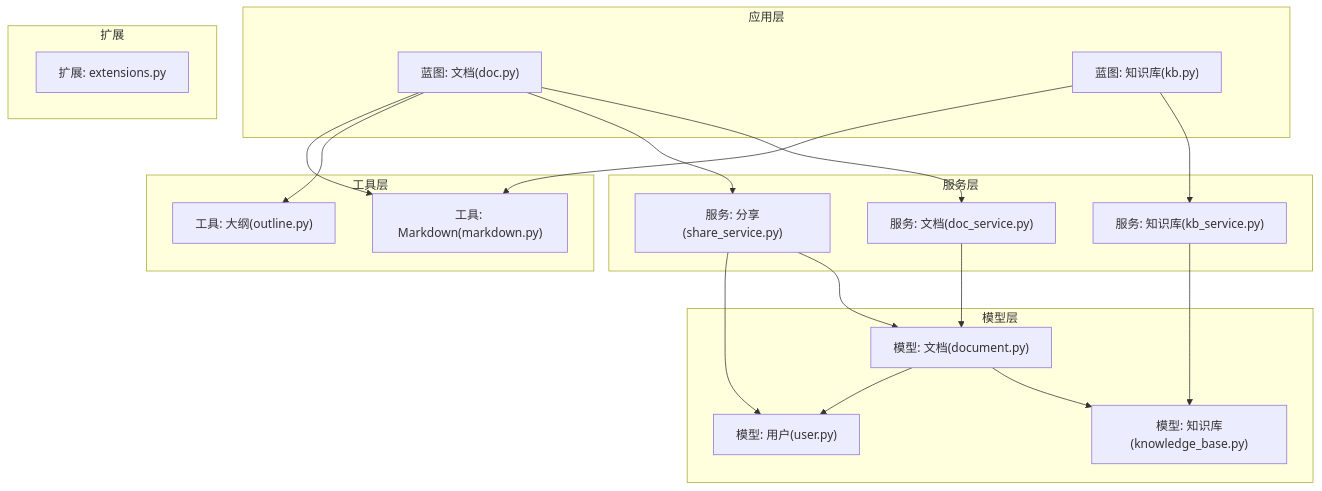
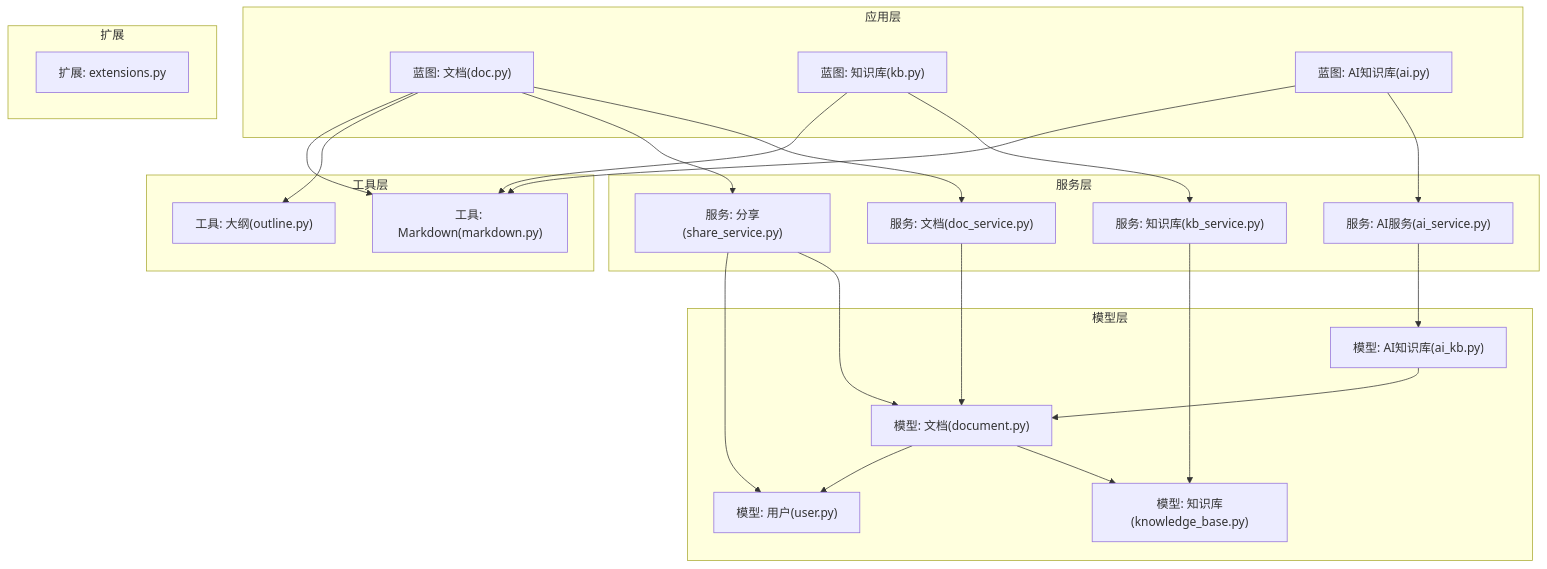
The first of 10 diagrams in .qoder/repowiki/zh/content/核心模块/文档管理系统/文档管理系统.md (beyondalbert/my_wiki), drawn with Mermaid before and after one commit. The commit also changed other lines of this file and 17 other files, not shown here.

````diff
--- a/.qoder/repowiki/zh/content/核心模块/文档管理系统/文档管理系统.md
+++ b/.qoder/repowiki/zh/content/核心模块/文档管理系统/文档管理系统.md
@@ -55,36 +60,43 @@
 ```mermaid
 graph TB
 subgraph "应用层"
 BP_DOC["蓝图: 文档(doc.py)"]
 BP_KB["蓝图: 知识库(kb.py)"]
+BP_AI["蓝图: AI知识库(ai.py)"]
 end
 subgraph "服务层"
 S_DOC["服务: 文档(doc_service.py)"]
 S_KB["服务: 知识库(kb_service.py)"]
+S_AI["服务: AI服务(ai_service.py)"]
 S_SHARE["服务: 分享(share_service.py)"]
 end
 subgraph "模型层"
 M_DOC["模型: 文档(document.py)"]
 M_KB["模型: 知识库(knowledge_base.py)"]
+M_AIKB["模型: AI知识库(ai_kb.py)"]
 M_USER["模型: 用户(user.py)"]
 end
 subgraph "工具层"
 U_MD["工具: Markdown(markdown.py)"]
 U_OUT["工具: 大纲(outline.py)"]
 end
 subgraph "扩展"
 EXT["扩展: extensions.py"]
 end
 BP_DOC --> S_DOC
 BP_DOC --> S_SHARE
 BP_KB --> S_KB
+BP_AI --> S_AI
 S_DOC --> M_DOC
 S_KB --> M_KB
+S_AI --> M_AIKB
 S_SHARE --> M_DOC
 S_SHARE --> M_USER
 M_DOC --> M_KB
 M_DOC --> M_USER
+M_AIKB --> M_DOC
 BP_DOC --> U_OUT
 BP_DOC --> U_MD
 BP_KB --> U_MD
+BP_AI --> U_MD
 ```
````
